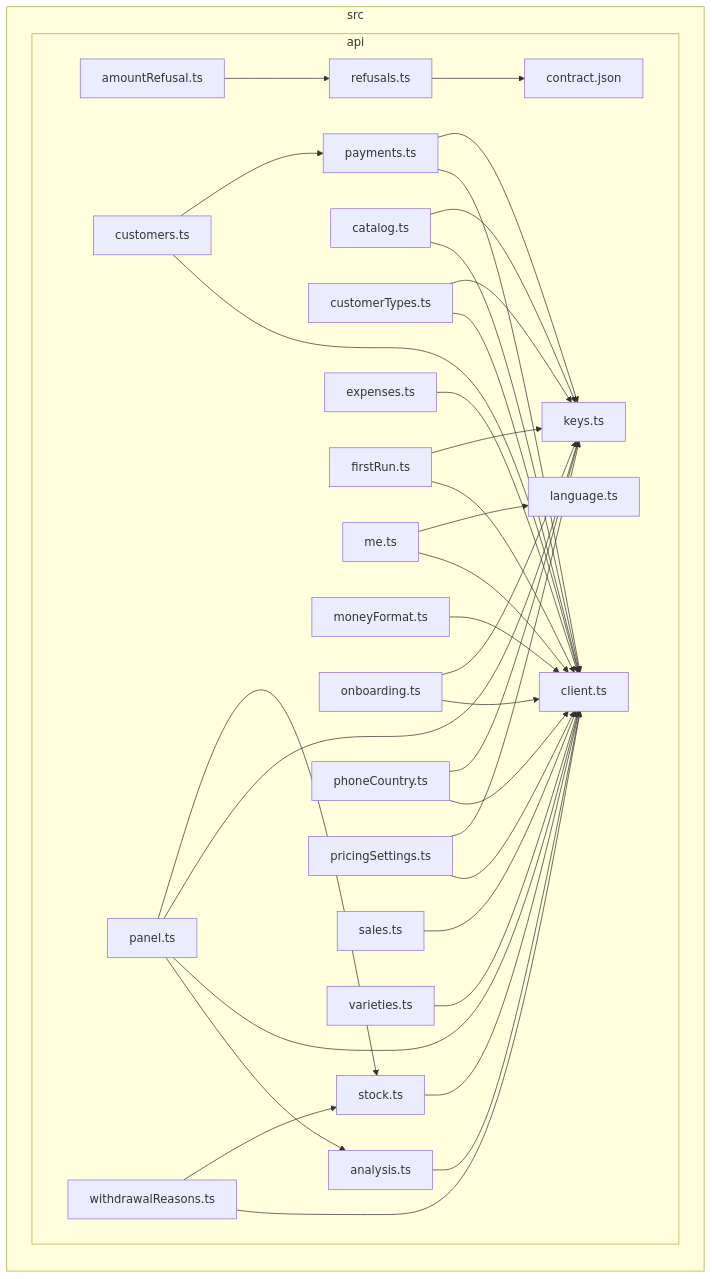
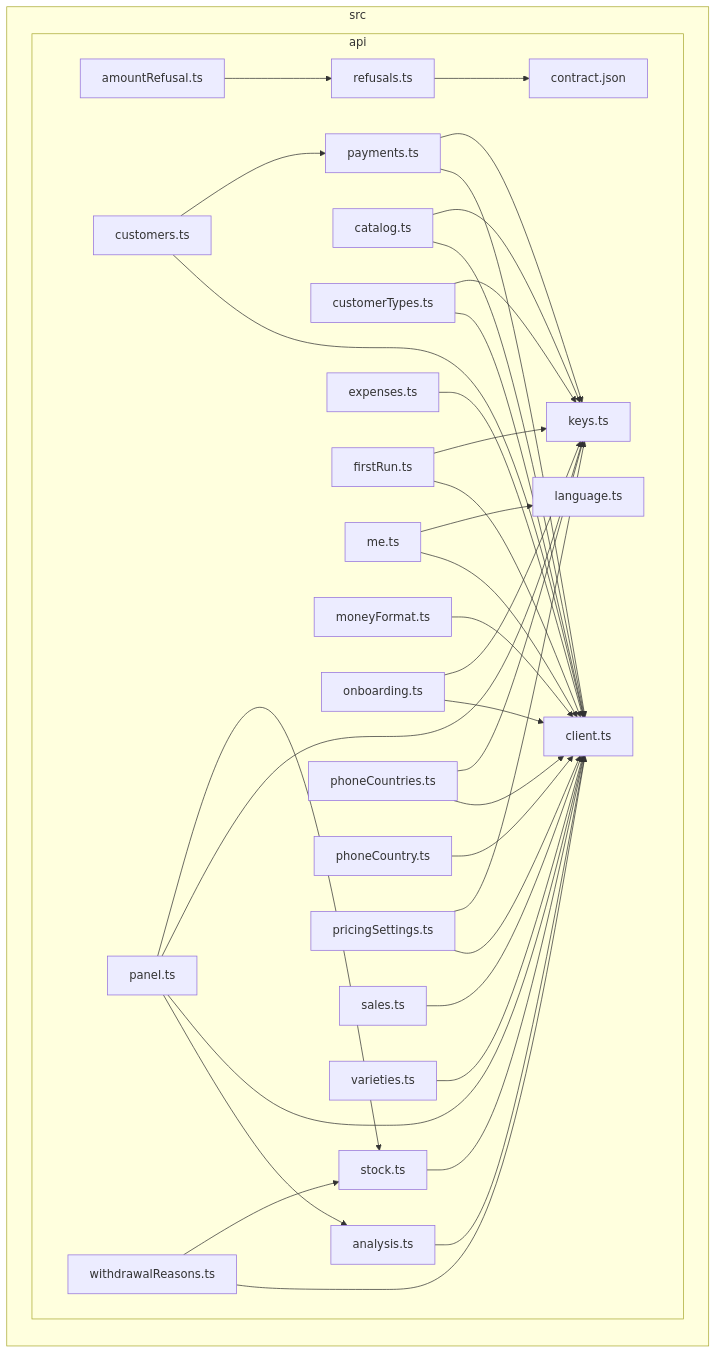
One commit to GonzaloZevallos/apostrophe changed the diagram in docs/architecture/generated/front-modules/api.md. Above: the diagram before and after it, drawn with Mermaid. The commit also changed 2 other files, not shown here.

Commit message:
Regenerate the front-module reference for the Phone country hook and API module

````diff
--- a/docs/architecture/generated/front-modules/api.md
+++ b/docs/architecture/generated/front-modules/api.md
@@ -7,62 +7,64 @@
 ```mermaid
 flowchart LR
 subgraph src["src"]
   subgraph src_api["api"]
     src_api_amountRefusal_ts["amountRefusal.ts"]
     src_api_analysis_ts["analysis.ts"]
     src_api_catalog_ts["catalog.ts"]
     src_api_client_ts["client.ts"]
     src_api_contract_json["contract.json"]
     src_api_customerTypes_ts["customerTypes.ts"]
     src_api_customers_ts["customers.ts"]
     src_api_expenses_ts["expenses.ts"]
     src_api_firstRun_ts["firstRun.ts"]
     src_api_keys_ts["keys.ts"]
     src_api_language_ts["language.ts"]
     src_api_me_ts["me.ts"]
     src_api_moneyFormat_ts["moneyFormat.ts"]
     src_api_onboarding_ts["onboarding.ts"]
     src_api_panel_ts["panel.ts"]
     src_api_payments_ts["payments.ts"]
+    src_api_phoneCountries_ts["phoneCountries.ts"]
     src_api_phoneCountry_ts["phoneCountry.ts"]
     src_api_pricingSettings_ts["pricingSettings.ts"]
     src_api_refusals_ts["refusals.ts"]
     src_api_sales_ts["sales.ts"]
     src_api_stock_ts["stock.ts"]
     src_api_varieties_ts["varieties.ts"]
     src_api_withdrawalReasons_ts["withdrawalReasons.ts"]
   end
 end
 src_api_amountRefusal_ts-->src_api_refusals_ts
 src_api_analysis_ts-->src_api_client_ts
 src_api_catalog_ts-->src_api_client_ts
 src_api_catalog_ts-->src_api_keys_ts
 src_api_customerTypes_ts-->src_api_client_ts
 src_api_customerTypes_ts-->src_api_keys_ts
 src_api_customers_ts-->src_api_client_ts
 src_api_customers_ts-->src_api_payments_ts
 src_api_expenses_ts-->src_api_client_ts
 src_api_firstRun_ts-->src_api_client_ts
 src_api_firstRun_ts-->src_api_keys_ts
 src_api_me_ts-->src_api_client_ts
 src_api_me_ts-->src_api_language_ts
 src_api_moneyFormat_ts-->src_api_client_ts
 src_api_onboarding_ts-->src_api_client_ts
 src_api_onboarding_ts-->src_api_keys_ts
 src_api_panel_ts-->src_api_analysis_ts
 src_api_panel_ts-->src_api_client_ts
 src_api_panel_ts-->src_api_keys_ts
 src_api_panel_ts-->src_api_stock_ts
 src_api_payments_ts-->src_api_client_ts
 src_api_payments_ts-->src_api_keys_ts
+src_api_phoneCountries_ts-->src_api_client_ts
+src_api_phoneCountries_ts-->src_api_keys_ts
 src_api_phoneCountry_ts-->src_api_client_ts
-src_api_phoneCountry_ts-->src_api_keys_ts
 src_api_pricingSettings_ts-->src_api_client_ts
 src_api_pricingSettings_ts-->src_api_keys_ts
 src_api_refusals_ts-->src_api_contract_json
 src_api_sales_ts-->src_api_client_ts
 src_api_stock_ts-->src_api_client_ts
 src_api_varieties_ts-->src_api_client_ts
 src_api_withdrawalReasons_ts-->src_api_client_ts
 src_api_withdrawalReasons_ts-->src_api_stock_ts
 ```
````
